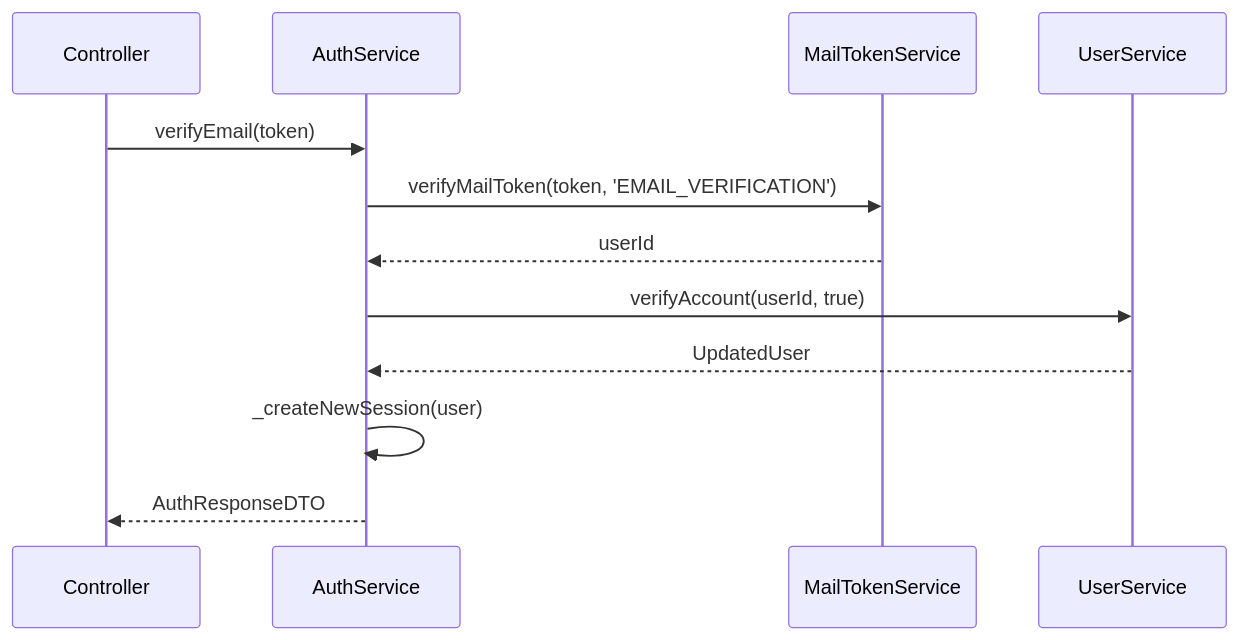
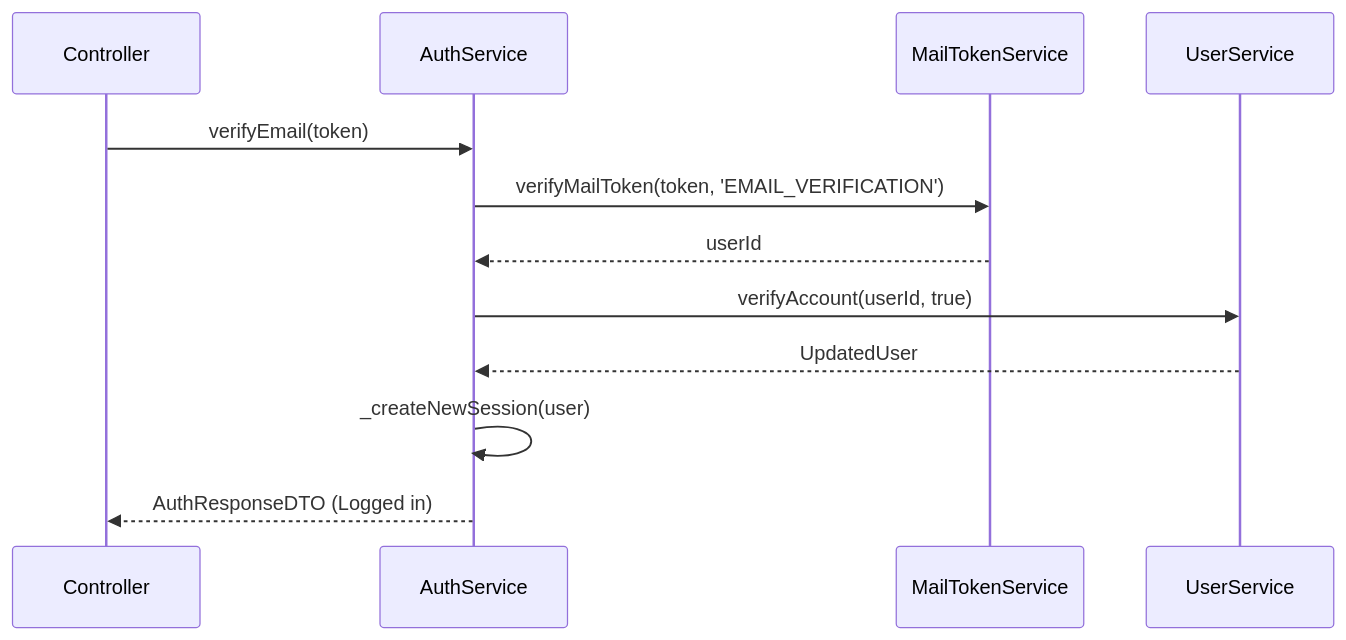
Before and after one commit to SangHynh/atomecom: the seventh of 8 diagrams in server/src/modules/auth/README.md, drawn with Mermaid. The commit also changed other lines of this file and 1 other file, not shown here.

Commit message:
docs: update documents for users and auth modules

````diff
--- a/server/src/modules/auth/README.md
+++ b/server/src/modules/auth/README.md
@@ -174,15 +237,15 @@
 ```mermaid
 sequenceDiagram
     participant C as Controller
     participant AS as AuthService
     participant MTS as MailTokenService
     participant US as UserService
 
     C->>AS: verifyEmail(token)
     AS->>MTS: verifyMailToken(token, 'EMAIL_VERIFICATION')
     MTS-->>AS: userId
     AS->>US: verifyAccount(userId, true)
     US-->>AS: UpdatedUser
     AS->>AS: _createNewSession(user)
-    AS-->>C: AuthResponseDTO
+    AS-->>C: AuthResponseDTO (Logged in)
 ```
````
